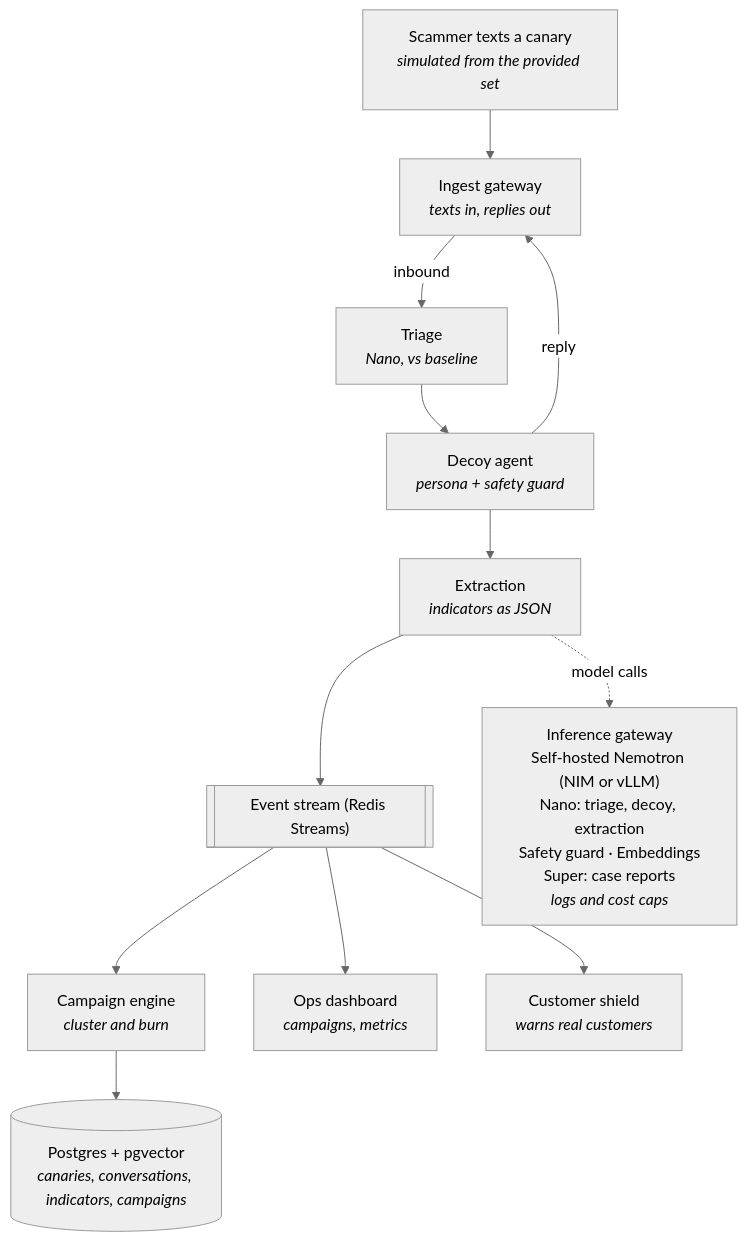
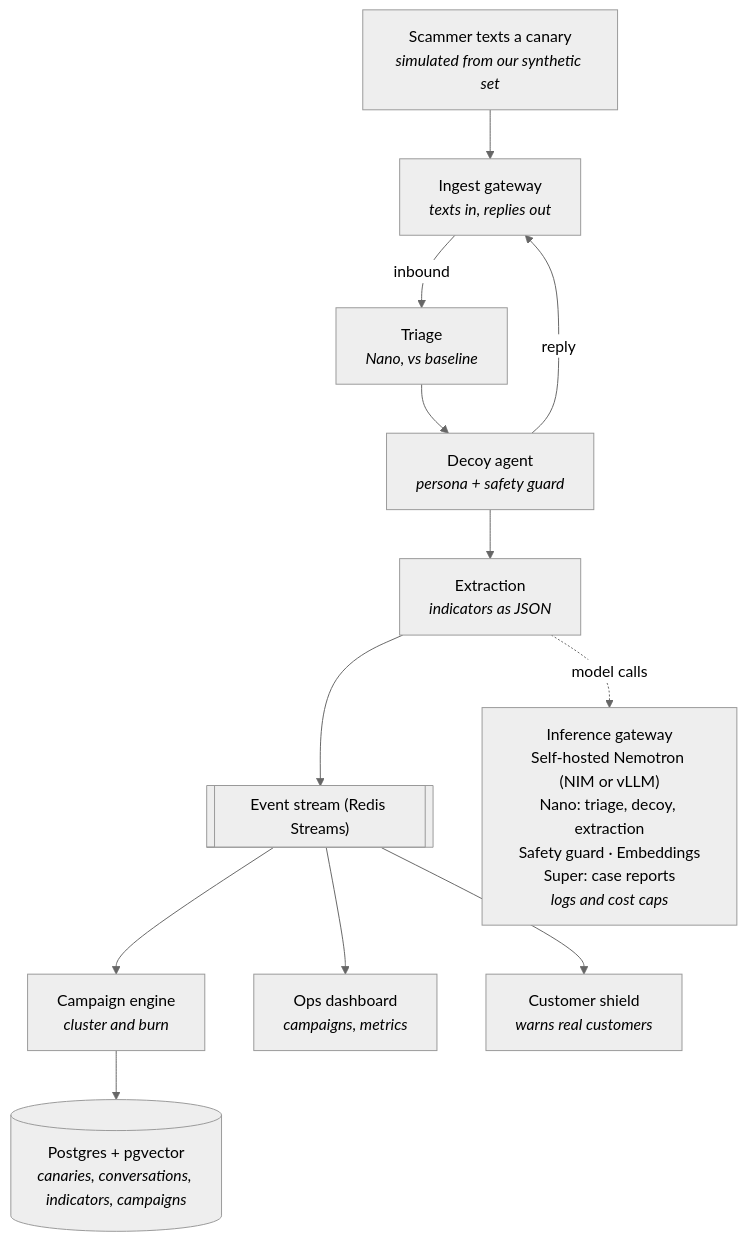
Before and after one commit to AbdullahMoghal/Talon: the first of 2 diagrams in docs/ARCHITECTURE.md, drawn with Mermaid (neutral theme). The commit also changed other lines of this file and 4 other files, not shown here.

````diff
--- a/docs/ARCHITECTURE.md
+++ b/docs/ARCHITECTURE.md
@@ -9,14 +9,14 @@
 ```mermaid
 flowchart TB
-    S["Scammer texts a canary<br/><i>simulated from the provided set</i>"] --> I["Ingest gateway<br/><i>texts in, replies out</i>"]
+    S["Scammer texts a canary<br/><i>simulated from our synthetic set</i>"] --> I["Ingest gateway<br/><i>texts in, replies out</i>"]
     I -- inbound --> T["Triage<br/><i>Nano, vs baseline</i>"]
     T --> D["Decoy agent<br/><i>persona + safety guard</i>"]
     D -- reply --> I
     D --> X["Extraction<br/><i>indicators as JSON</i>"]
     X --> E[["Event stream (Redis Streams)"]]
     E --> C["Campaign engine<br/><i>cluster and burn</i>"]
     E --> O["Ops dashboard<br/><i>campaigns, metrics</i>"]
     E --> CS["Customer shield<br/><i>warns real customers</i>"]
     C --> DB[("Postgres + pgvector<br/><i>canaries, conversations, indicators, campaigns</i>")]
     X -. model calls .-> G["Inference gateway<br/>Self-hosted Nemotron (NIM or vLLM)<br/>Nano: triage, decoy, extraction<br/>Safety guard · Embeddings<br/>Super: case reports<br/><i>logs and cost caps</i>"]
 ```
````
